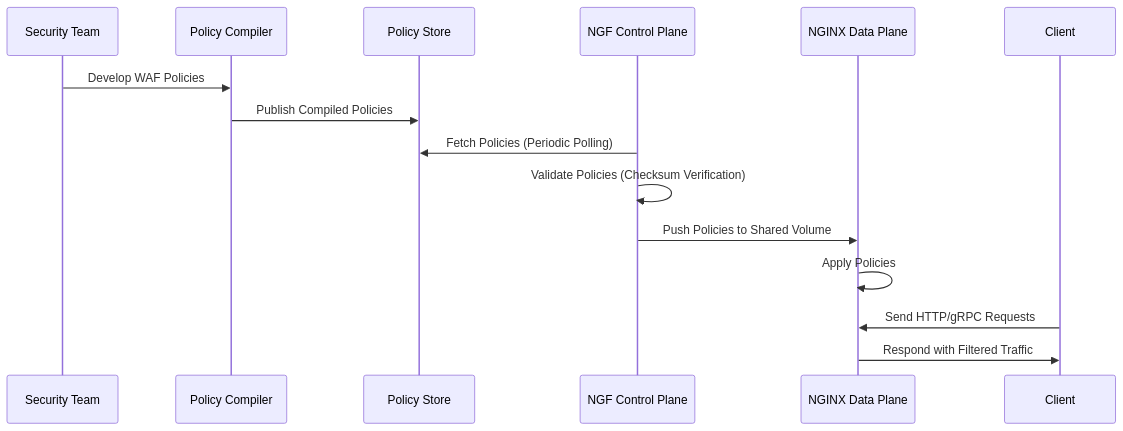
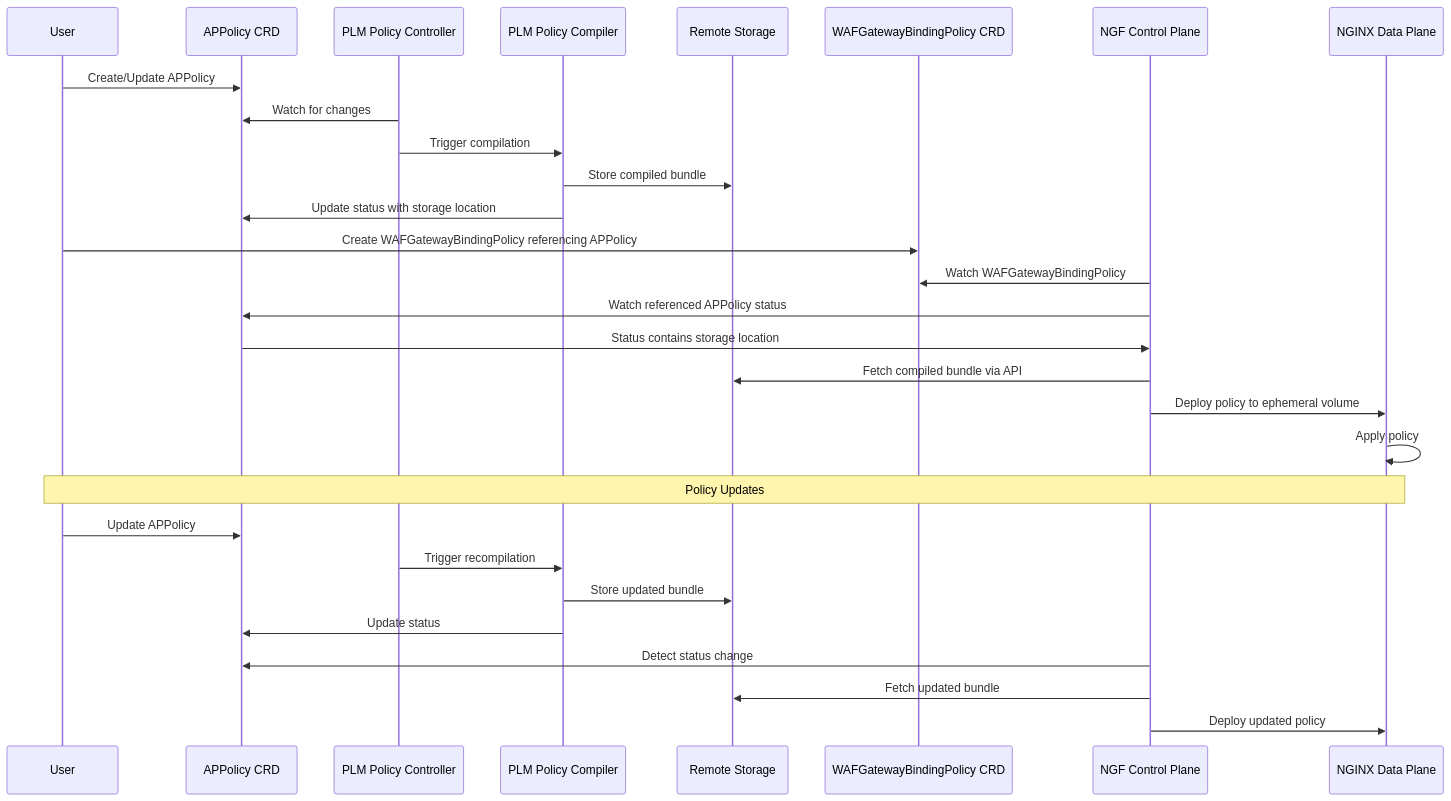
One commit to sjberman/nginx-gateway-fabric changed the second of 2 diagrams in docs/proposals/nap-waf.md. Above: the diagram before and after it, drawn with Mermaid. The commit also changed other lines of this file, not shown here.

Commit message:
Update WAF enhancement proposal (#4624)

````diff
--- a/docs/proposals/nap-waf.md
+++ b/docs/proposals/nap-waf.md
@@ -267,17 +235,34 @@
 ```mermaid
 sequenceDiagram
-    participant SecTeam as Security Team
-    participant Compiler as Policy Compiler
-    participant Store as Policy Store
+    participant User
+    participant APPolicy as APPolicy CRD
+    participant PLMController as PLM Policy Controller
+    participant Compiler as PLM Policy Compiler
+    participant Storage as Remote Storage
+    participant WAFGatewayBindingPolicy as WAFGatewayBindingPolicy CRD
     participant NGF as NGF Control Plane
-    participant NGINX as NGINX Data Plane
+    participant DataPlane as NGINX Data Plane
 
-    SecTeam->>Compiler: Develop WAF Policies
-    Compiler->>Store: Publish Compiled Policies
-    NGF->>Store: Fetch Policies (Periodic Polling)
-    NGF->>NGF: Validate Policies (Checksum Verification)
-    NGF->>NGINX: Push Policies to Shared Volume
-    NGINX->>NGINX: Apply Policies
-    Client->>NGINX: Send HTTP/gRPC Requests
-    NGINX->>Client: Respond with Filtered Traffic
+    User->>APPolicy: Create/Update APPolicy
+    PLMController->>APPolicy: Watch for changes
+    PLMController->>Compiler: Trigger compilation
+    Compiler->>Storage: Store compiled bundle
+    Compiler->>APPolicy: Update status with storage location
+
+    User->>WAFGatewayBindingPolicy: Create WAFGatewayBindingPolicy referencing APPolicy
+    NGF->>WAFGatewayBindingPolicy: Watch WAFGatewayBindingPolicy
+    NGF->>APPolicy: Watch referenced APPolicy status
+    APPolicy->>NGF: Status contains storage location
+    NGF->>Storage: Fetch compiled bundle via API
+    NGF->>DataPlane: Deploy policy to ephemeral volume
+    DataPlane->>DataPlane: Apply policy
+
+    Note over User,DataPlane: Policy Updates
+    User->>APPolicy: Update APPolicy
+    PLMController->>Compiler: Trigger recompilation
+    Compiler->>Storage: Store updated bundle
+    Compiler->>APPolicy: Update status
+    NGF->>APPolicy: Detect status change
+    NGF->>Storage: Fetch updated bundle
+    NGF->>DataPlane: Deploy updated policy
 ```
````
